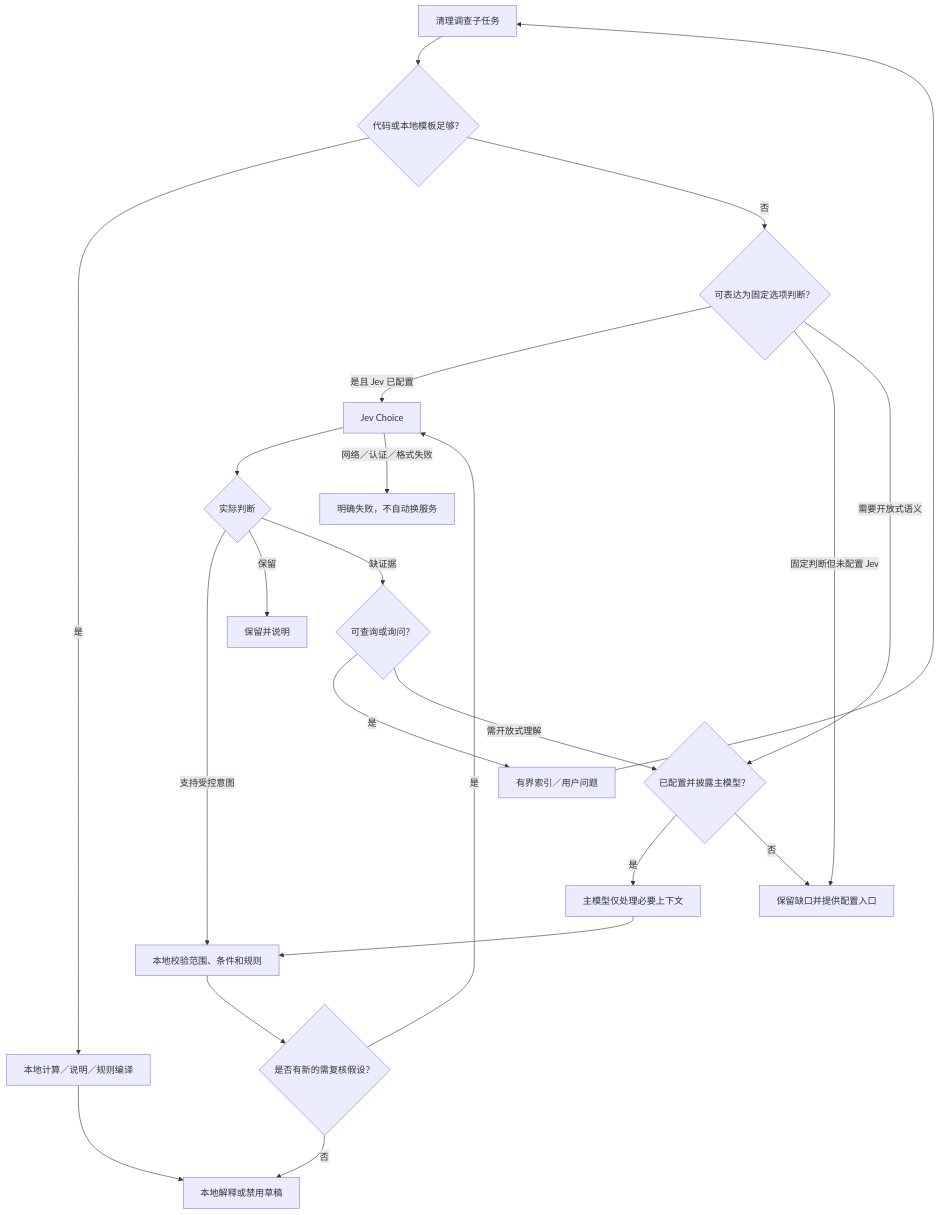
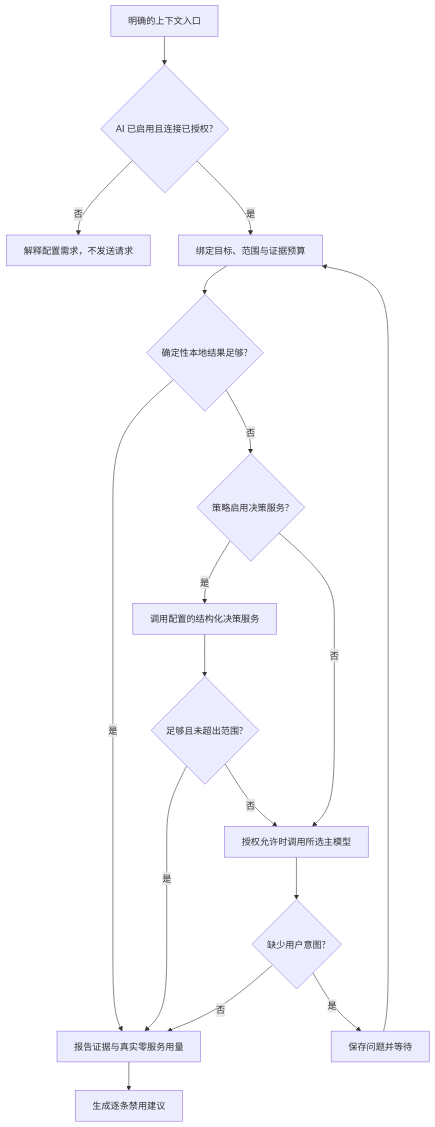
The second of 4 diagrams in docs/zh-CN/architecture/embedded-ai.md (limecloud/shou), drawn with Mermaid before and after one commit. The commit also changed other lines of this file and 312 other files, not shown here.

````diff
--- a/docs/zh-CN/architecture/embedded-ai.md
+++ b/docs/zh-CN/architecture/embedded-ai.md
@@ -45,24 +31,19 @@
 ```mermaid
-flowchart TB
-    Task[清理调查子任务] --> Deterministic{代码或本地模板足够？}
-    Deterministic -->|是| Core[本地计算／说明／规则编译]
-    Deterministic -->|否| Type{可表达为固定选项判断？}
-    Type -->|是且 Jev 已配置| Jev[Jev Choice]
-    Type -->|固定判断但未配置 Jev| Gap[保留缺口并提供配置入口]
-    Jev --> Outcome{实际判断}
-    Outcome -->|支持受控意图| Validate[本地校验范围、条件和规则]
-    Outcome -->|保留| Retain[保留并说明]
-    Outcome -->|缺证据| Evidence{可查询或询问？}
-    Evidence -->|是| Gather[有界索引／用户问题]
-    Gather --> Task
-    Evidence -->|需开放式理解| Escalate{已配置并披露主模型？}
-    Type -->|需要开放式语义| Escalate
-    Escalate -->|是| Main[主模型仅处理必要上下文]
-    Escalate -->|否| Gap
-    Main --> Validate
-    Validate --> Review{是否有新的需复核假设？}
-    Review -->|是| Jev
-    Review -->|否| Result[本地解释或禁用草稿]
-    Core --> Result
-    Jev -->|网络／认证／格式失败| Failed[明确失败，不自动换服务]
+flowchart TD
+    Entry[明确的上下文入口] --> Gate{AI 已启用且连接已授权?}
+    Gate -->|否| Settings[解释配置需求，不发送请求]
+    Gate -->|是| Scope[绑定目标、范围与证据预算]
+    Scope --> Local{确定性本地结果足够?}
+    Local -->|是| Result[报告证据与真实零服务用量]
+    Local -->|否| Policy{策略启用决策服务?}
+    Policy -->|是| Decision[调用配置的结构化决策服务]
+    Decision --> Sufficient{足够且未超出范围?}
+    Sufficient -->|是| Result
+    Sufficient -->|否| Main[授权允许时调用所选主模型]
+    Policy -->|否| Main
+    Main --> Missing{缺少用户意图?}
+    Missing -->|是| Questions[保存问题并等待]
+    Questions --> Scope
+    Missing -->|否| Result
+    Result --> Draft[生成逐条禁用建议]
 ```
````
